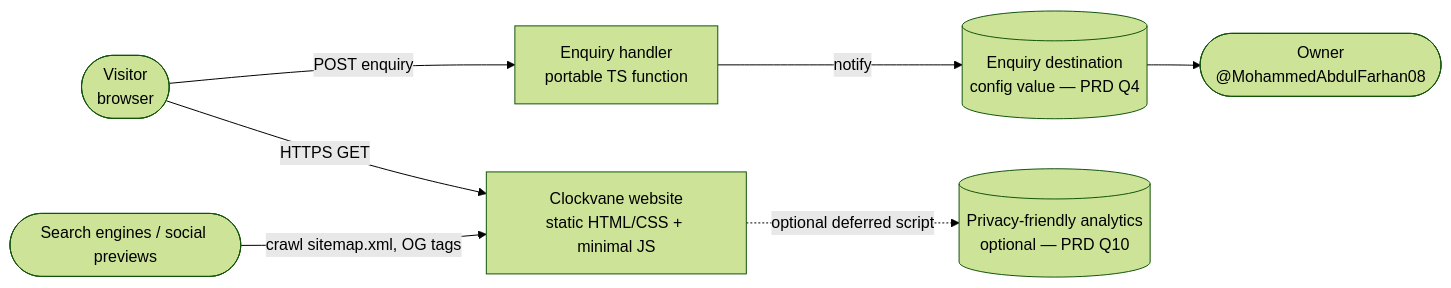
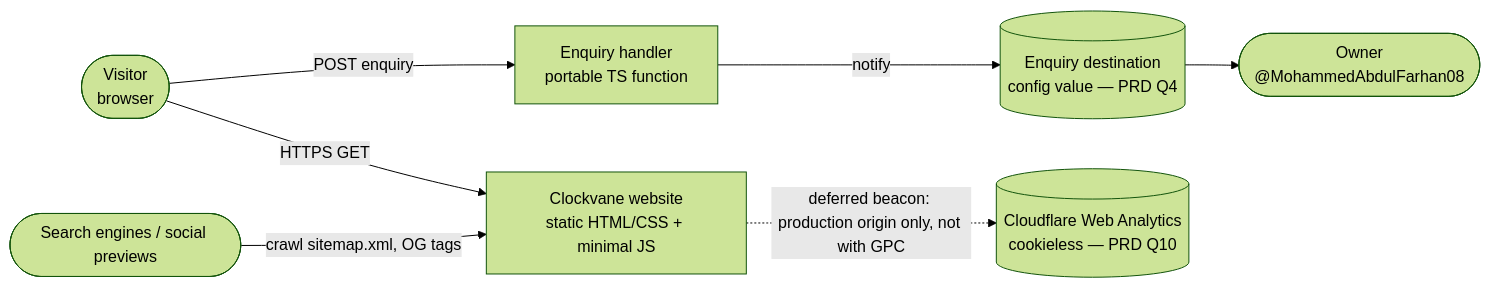
One commit to clockvane/website changed the first of 2 diagrams in docs/architecture/architecture.md. Above: the diagram before and after it, drawn with Mermaid (forest theme). The commit also changed 22 other files, not shown here.

First line of the commit message:
feat(analytics): enable Cloudflare Web Analytics with GPC and CSP controls (#169) (#172)

````diff
--- a/docs/architecture/architecture.md
+++ b/docs/architecture/architecture.md
@@ -12,17 +12,17 @@
 ```mermaid
 flowchart LR
   visitor(["Visitor<br/>browser"])
   owner(["Owner<br/>@MohammedAbdulFarhan08"])
   site["Clockvane website<br/>static HTML/CSS + minimal JS"]
   handler["Enquiry handler<br/>portable TS function"]
   channel[("Enquiry destination<br/>config value — PRD Q4")]
-  analytics[("Privacy-friendly analytics<br/>optional — PRD Q10")]
+  analytics[("Cloudflare Web Analytics<br/>cookieless — PRD Q10")]
   search(["Search engines / social previews"])
 
   visitor -->|HTTPS GET| site
   visitor -->|POST enquiry| handler
   handler -->|notify| channel
   channel --> owner
-  site -. optional deferred script .-> analytics
+  site -. "deferred beacon: production origin only, not with GPC" .-> analytics
   search -->|crawl sitemap.xml, OG tags| site
 ```
````
